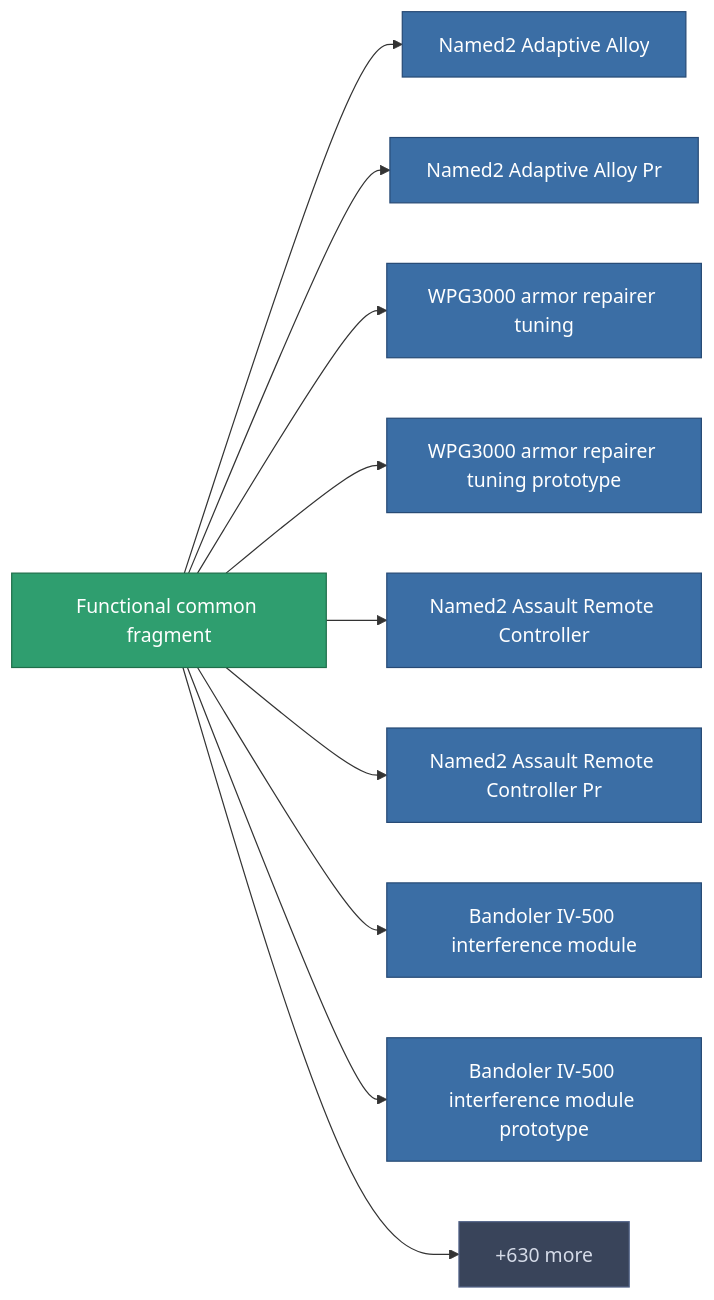
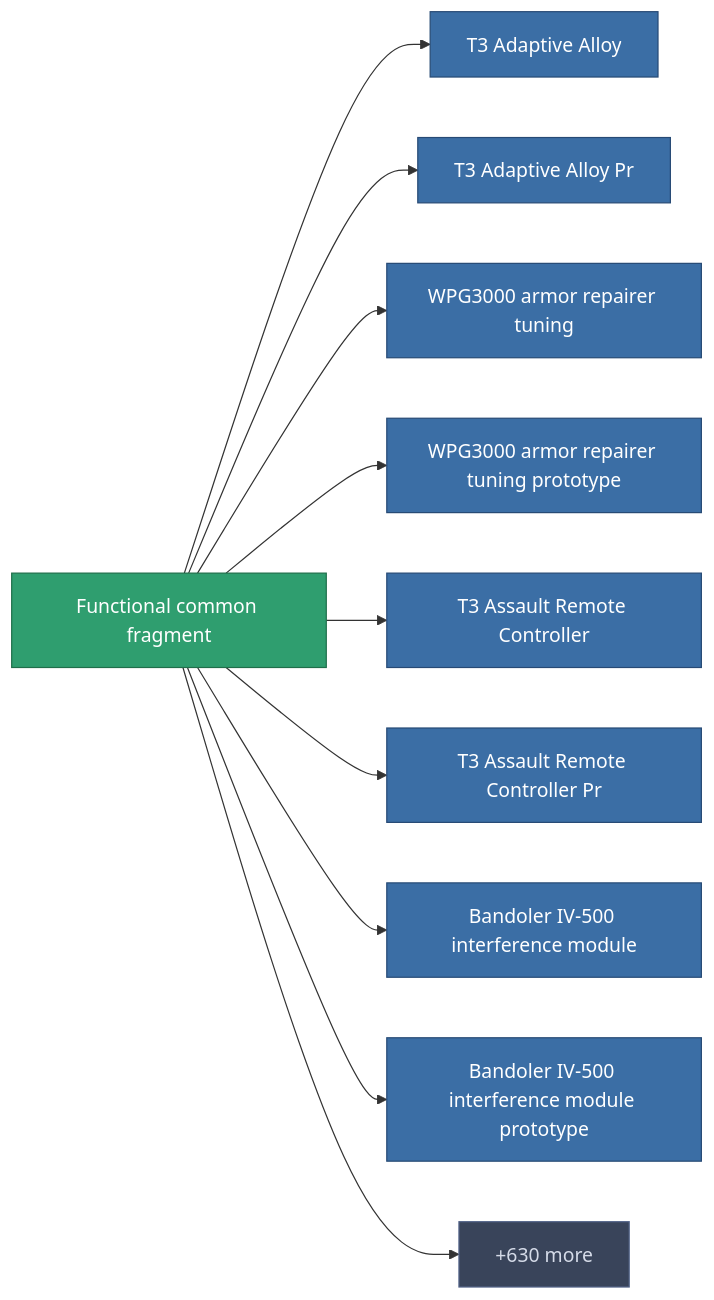
The diagram in content/content/items/robotshard_common_advanced.md (OpenPerpetuum/Wiki), drawn with Mermaid before and after one commit. The commit also changed other lines of this file and 4904 other files, not shown here.

````diff
--- a/content/content/items/robotshard_common_advanced.md
+++ b/content/content/items/robotshard_common_advanced.md
@@ -49,34 +37,34 @@
 ```mermaid
 graph LR
     a["Functional common fragment"]:::current
-    b["Named2 Adaptive Alloy"]:::prod
+    b["T3 Adaptive Alloy"]:::prod
     a --> b
-    click b "/content/items/named2-adaptive-alloy/" "Named2 Adaptive Alloy"
-    c["Named2 Adaptive Alloy Pr"]:::prod
+    click b "/content/items/named2-adaptive-alloy/" "T3 Adaptive Alloy"
+    c["T3 Adaptive Alloy Pr"]:::prod
     a --> c
-    click c "/content/items/named2-adaptive-alloy-pr/" "Named2 Adaptive Alloy Pr"
+    click c "/content/items/named2-adaptive-alloy-pr/" "T3 Adaptive Alloy Pr"
     d["WPG3000 armor repairer tuning"]:::prod
     a --> d
     click d "/content/items/named2-armor-repairer-upgrade/" "WPG3000 armor repairer tuning"
     e["WPG3000 armor repairer tuning prototype"]:::prod
     a --> e
     click e "/content/items/named2-armor-repairer-upgrade-pr/" "WPG3000 armor repairer tuning prototype"
-    f["Named2 Assault Remote Controller"]:::prod
+    f["T3 Assault Remote Controller"]:::prod
     a --> f
-    click f "/content/items/named2-assault-remote-controller/" "Named2 Assault Remote Controller"
-    g["Named2 Assault Remote Controller Pr"]:::prod
+    click f "/content/items/named2-assault-remote-controller/" "T3 Assault Remote Controller"
+    g["T3 Assault Remote Controller Pr"]:::prod
     a --> g
-    click g "/content/items/named2-assault-remote-controller-pr/" "Named2 Assault Remote Controller Pr"
+    click g "/content/items/named2-assault-remote-controller-pr/" "T3 Assault Remote Controller Pr"
     h["Bandoler IV-500 interference module"]:::prod
     a --> h
     click h "/content/items/named2-blob-emission-modulator/" "Bandoler IV-500 interference module"
     i["Bandoler IV-500 interference module prototype"]:::prod
     a --> i
     click i "/content/items/named2-blob-emission-modulator-pr/" "Bandoler IV-500 interference module prototype"
     j["+630 more"]:::more
     a --> j
     click j "/content/recipes/" "All recipes"
     classDef current fill:#2f9e6f,stroke:#1f6f4a,color:#ffffff
     classDef prod fill:#3b6ea5,stroke:#274a75,color:#ffffff
     classDef more fill:#39445a,stroke:#54658a,color:#d5dbe8
 ```
````
